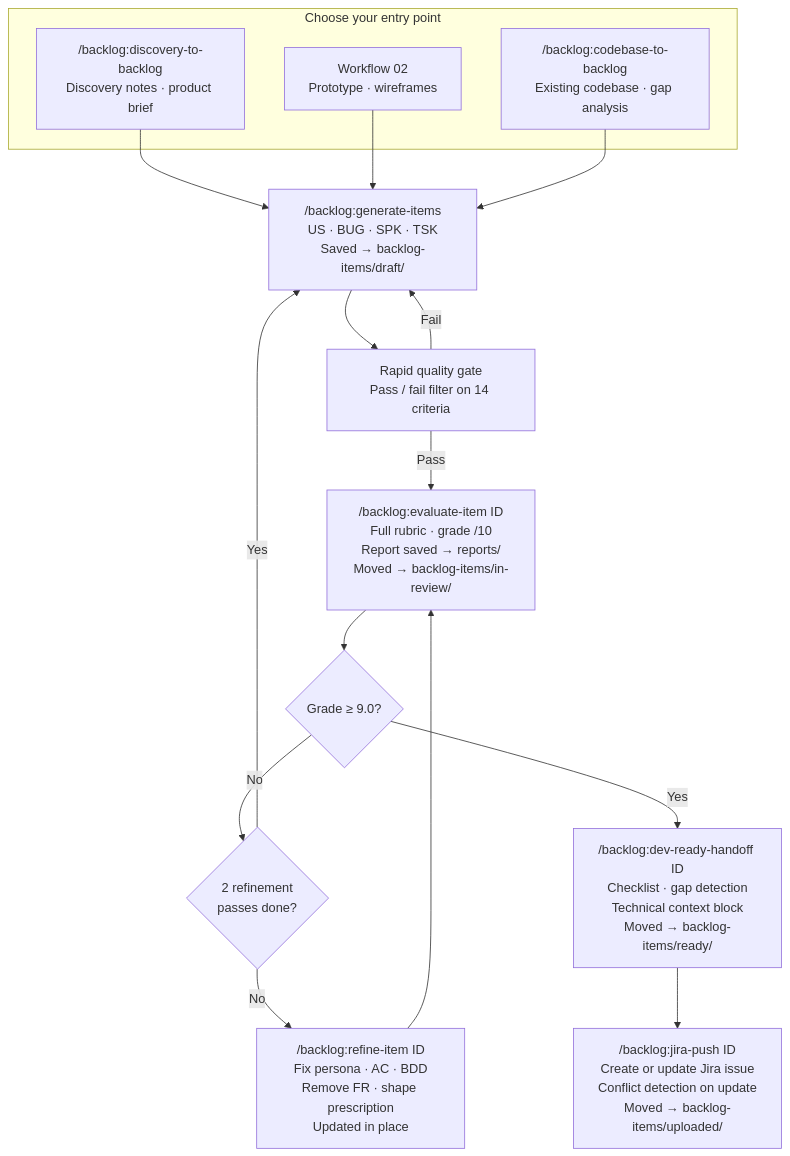
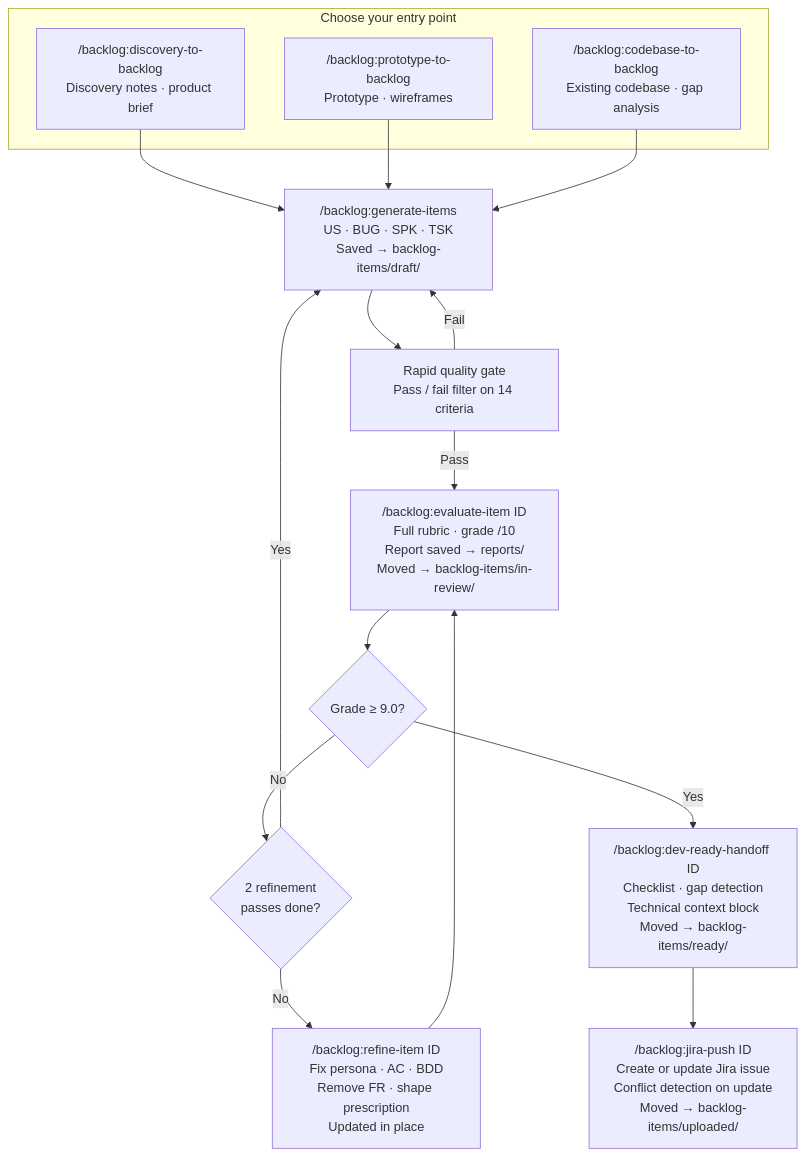
One commit to YanetABUC/ai-backlog-generator changed the diagram in docs/overview.md. Above: the diagram before and after it, drawn with Mermaid. The commit also changed other lines of this file and 6 other files, not shown here.

Commit message:
Add prototype-to-backlog workflow and related documentation; enhance backlog generation by extracting user journey, screen states, and backend requirements from prototypes.

````diff
--- a/docs/overview.md
+++ b/docs/overview.md
@@ -41,33 +41,33 @@
 ```mermaid
 flowchart TD
     subgraph entry["Choose your entry point"]
         WF01["/backlog:discovery-to-backlog\nDiscovery notes · product brief"]
-        WF02["Workflow 02\nPrototype · wireframes"]
+        WF02["/backlog:prototype-to-backlog\nPrototype · wireframes"]
         WF03["/backlog:codebase-to-backlog\nExisting codebase · gap analysis"]
     end
 
     WF01 & WF02 & WF03 --> GEN
 
     GEN["/backlog:generate-items\nUS · BUG · SPK · TSK\nSaved → backlog-items/draft/"]
 
     GEN --> RAPID["Rapid quality gate\nPass / fail filter on 14 criteria"]
 
     RAPID -->|Fail| GEN
     RAPID -->|Pass| EVAL
 
     EVAL["/backlog:evaluate-item ID\nFull rubric · grade /10\nReport saved → reports/\nMoved → backlog-items/in-review/"]
 
     EVAL --> DEC{Grade ≥ 9.0?}
 
     DEC -->|No| CAP{2 refinement\npasses done?}
 
     CAP -->|No| REF["/backlog:refine-item ID\nFix persona · AC · BDD\nRemove FR · shape prescription\nUpdated in place"]
 
     REF --> EVAL
 
     CAP -->|Yes| GEN
 
     DEC -->|Yes| HAND["/backlog:dev-ready-handoff ID\nChecklist · gap detection\nTechnical context block\nMoved → backlog-items/ready/"]
 
     HAND --> JIRA["/backlog:jira-push ID\nCreate or update Jira issue\nConflict detection on update\nMoved → backlog-items/uploaded/"]
 ```
````
